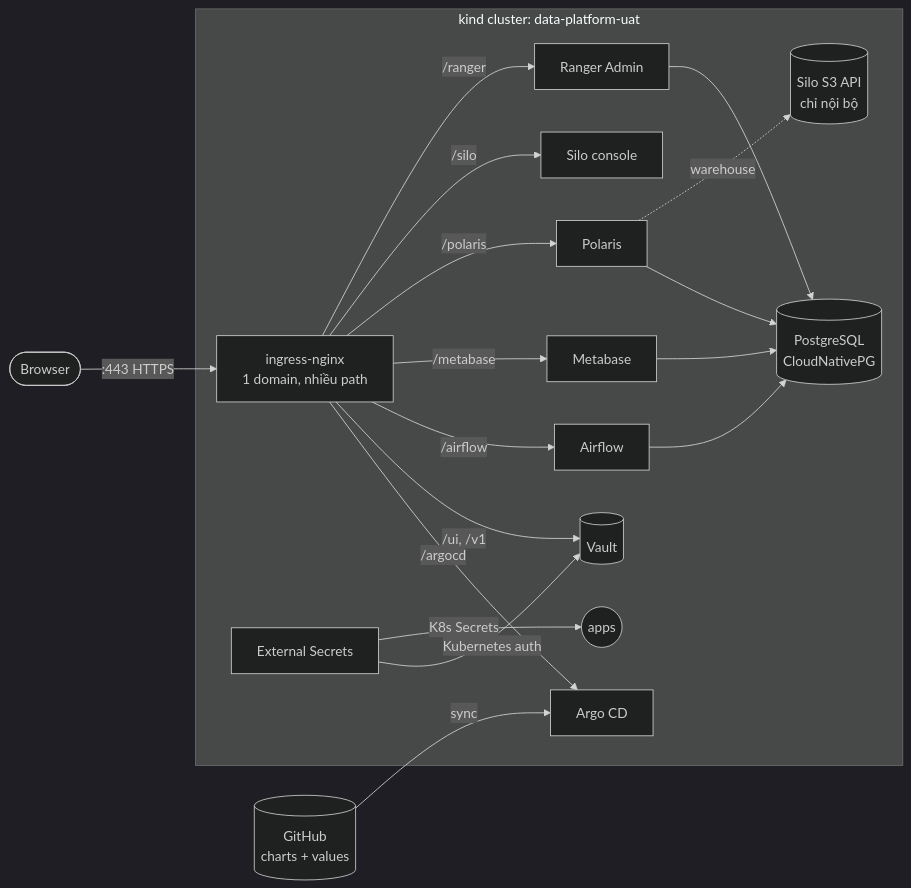
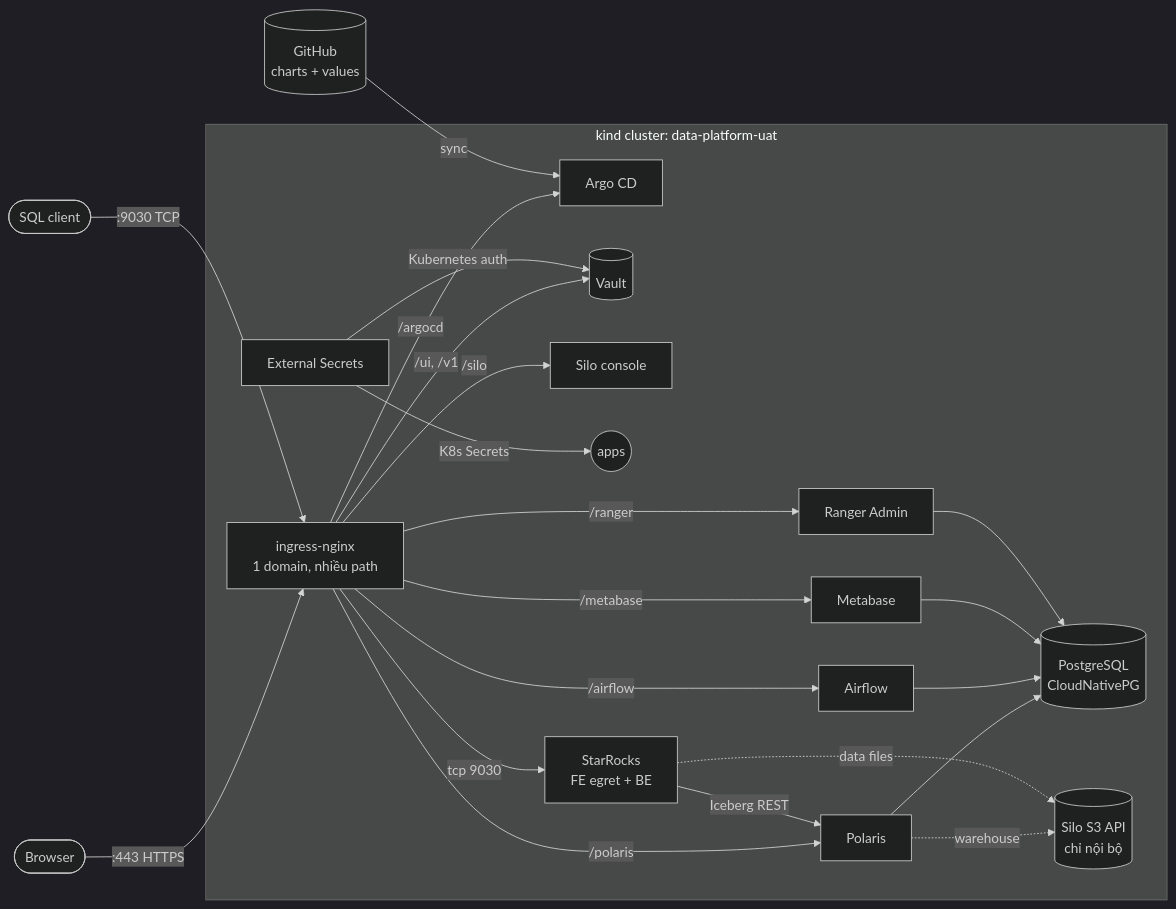
Before and after one commit to viethqb/data-platform-k8s-demo: the diagram in README.md, drawn with Mermaid (dark theme). The commit also changed other lines of this file and 53 other files, not shown here.

First line of the commit message:
feat: add StarRocks with the egret security-patched FE image

````diff
--- a/README.md
+++ b/README.md
@@ -18,26 +18,30 @@
 ```mermaid
 flowchart LR
   browser([Browser]) -->|":443 HTTPS"| nginx[ingress-nginx<br/>1 domain, nhiều path]
+  sqlclient([SQL client]) -->|":9030 TCP"| nginx
 
   subgraph kind["kind cluster: data-platform-uat"]
     nginx -->|/argocd| argocd[Argo CD]
     nginx -->|"/ui, /v1"| vault[(Vault)]
     nginx -->|/airflow| airflow[Airflow]
     nginx -->|/metabase| metabase[Metabase]
     nginx -->|/polaris| polaris[Polaris]
     nginx -->|/silo| siloc[Silo console]
     nginx -->|/ranger| ranger[Ranger Admin]
 
     eso[External Secrets] -->|Kubernetes auth| vault
     eso -->|K8s Secrets| apps((apps))
     pg[(PostgreSQL<br/>CloudNativePG)]
     silo[(Silo S3 API<br/>chỉ nội bộ)]
     polaris --> pg
     airflow --> pg
     metabase --> pg
     ranger --> pg
     polaris -. warehouse .-> silo
+    nginx -->|tcp 9030| starrocks[StarRocks<br/>FE egret + BE]
+    starrocks -->|Iceberg REST| polaris
+    starrocks -. data files .-> silo
   end
 
   git[(GitHub<br/>charts + values)] -->|sync| argocd
 ```
````
